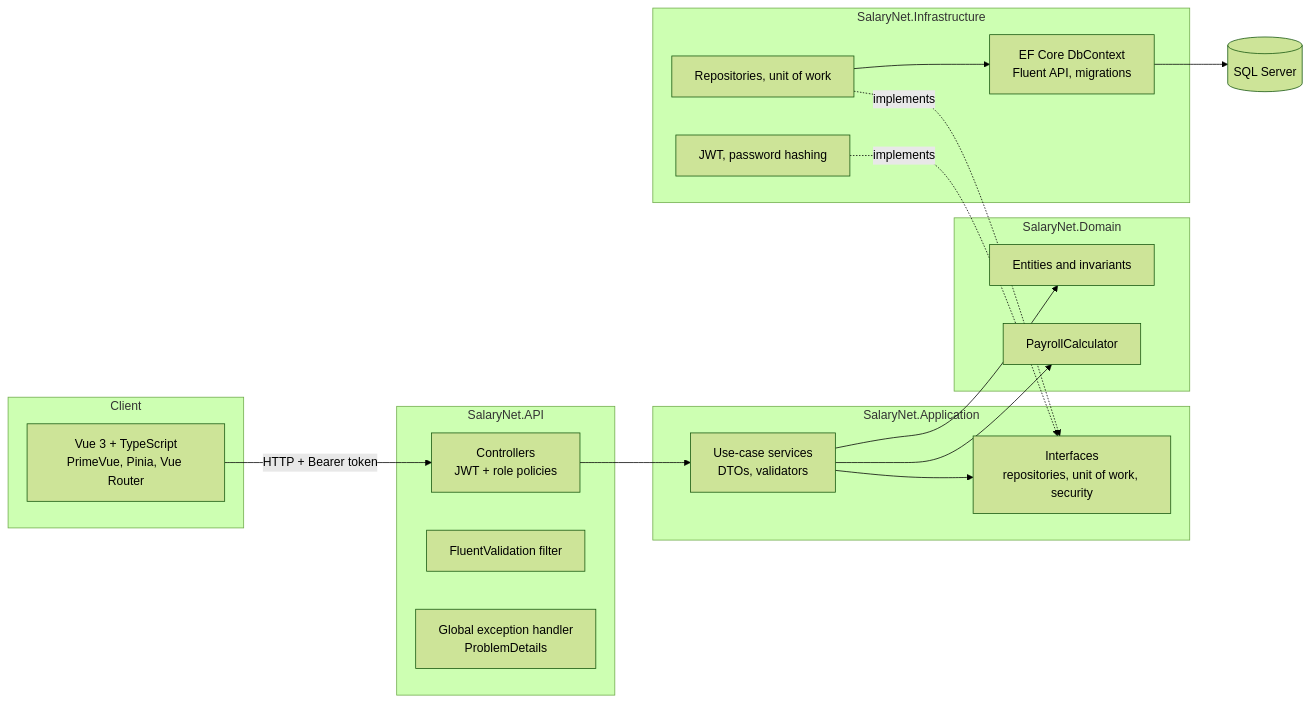
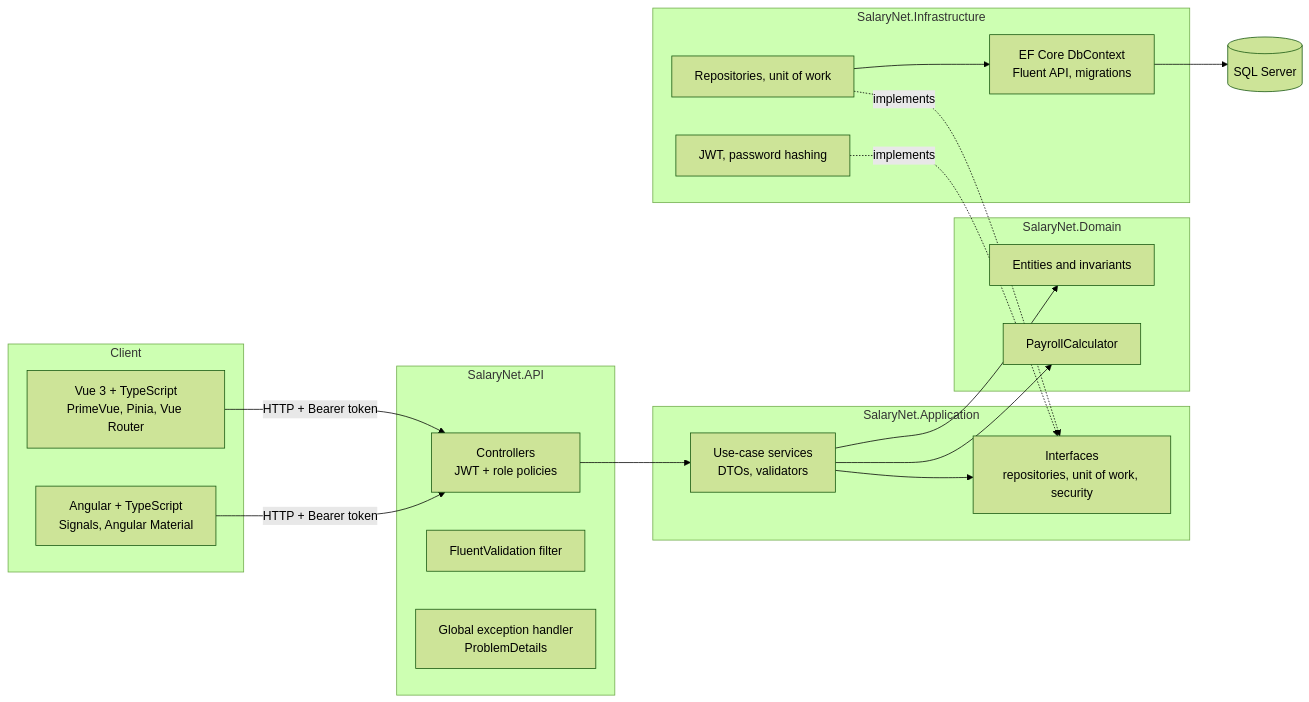
The diagram in README.md (SaharHalili95/SalaryNet), drawn with Mermaid (forest theme) before and after one commit. The commit also changed other lines of this file and 27 other files, not shown here.

````diff
--- a/README.md
+++ b/README.md
@@ -33,34 +33,36 @@
 ```mermaid
 flowchart LR
     subgraph Client
         Vue["Vue 3 + TypeScript<br/>PrimeVue, Pinia, Vue Router"]
+        Angular["Angular + TypeScript<br/>Signals, Angular Material"]
     end
     subgraph API["SalaryNet.API"]
         Ctrl["Controllers<br/>JWT + role policies"]
         Filter["FluentValidation filter"]
         Errors["Global exception handler<br/>ProblemDetails"]
     end
     subgraph App["SalaryNet.Application"]
         Services["Use-case services<br/>DTOs, validators"]
         Ports["Interfaces<br/>repositories, unit of work, security"]
     end
     subgraph Domain["SalaryNet.Domain"]
         Entities["Entities and invariants"]
         Calc["PayrollCalculator"]
     end
     subgraph Infra["SalaryNet.Infrastructure"]
         EF["EF Core DbContext<br/>Fluent API, migrations"]
         Repos["Repositories, unit of work"]
         Jwt["JWT, password hashing"]
     end
     DB[("SQL Server")]
 
     Vue -->|HTTP + Bearer token| Ctrl
+    Angular -->|HTTP + Bearer token| Ctrl
     Ctrl --> Services
     Services --> Ports
     Services --> Entities
     Services --> Calc
     Repos -.implements.-> Ports
     Jwt -.implements.-> Ports
     Repos --> EF --> DB
 ```
````
